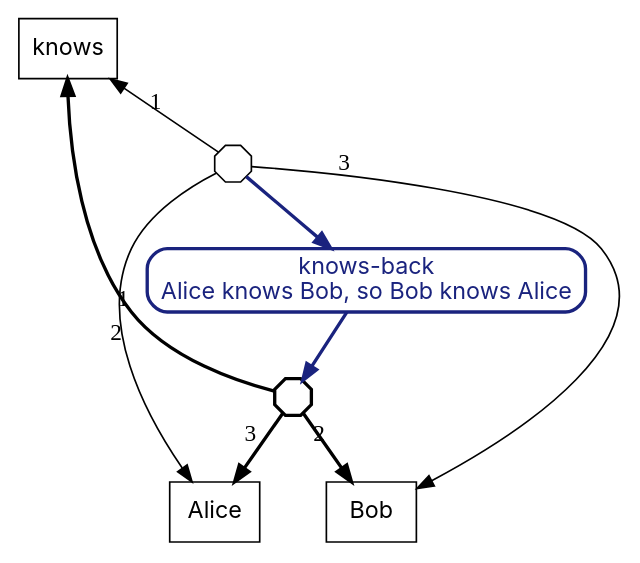
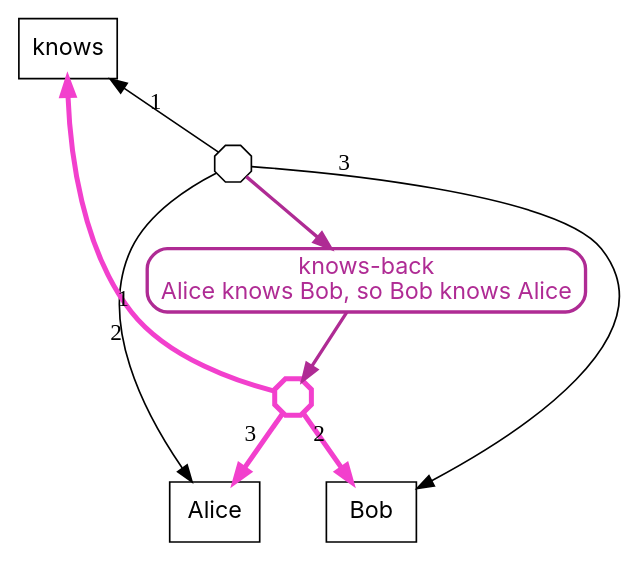
The diagram in docs/ein/user/03-syntax-and-semantics/diagrams/03-first-firing.dot (agutikov/ein), drawn with Graphviz before and after one commit. The commit also changed 31 other files, not shown here.

```diff
--- a/docs/ein/user/03-syntax-and-semantics/diagrams/03-first-firing.dot
+++ b/docs/ein/user/03-syntax-and-semantics/diagrams/03-first-firing.dot
@@ -1,16 +1,16 @@
 digraph step1 {
   rankdir=TB;
   node [fontname="Inter", shape=box];
   ranksep=0.55;
   "f_976d7e7ab9" [shape=octagon, label="", width=0.3, height=0.3, fixedsize=true];
-  "f_884e5d5933" [shape=octagon, label="", width=0.3, height=0.3, fixedsize=true, penwidth=2];
-  "fire0_knows-back" [shape=box, style="rounded", color="#1a237e", fontcolor="#1a237e", penwidth=2, label="knows-back\nAlice knows Bob, so Bob knows Alice"];
+  "f_884e5d5933" [shape=octagon, label="", width=0.3, height=0.3, fixedsize=true, color="#f240cd", fontcolor="#f240cd", penwidth=3];
+  "fire0_knows-back" [shape=box, style="rounded", color="#af2b94", fontcolor="#af2b94", penwidth=2, label="knows-back\nAlice knows Bob, so Bob knows Alice"];
   "knows" -> "f_976d7e7ab9" [xlabel="1", dir=back];
   "f_976d7e7ab9" -> "Alice" [xlabel="2"];
   "f_976d7e7ab9" -> "Bob" [xlabel="3"];
-  "knows" -> "f_884e5d5933" [xlabel="1", dir=back, penwidth=2];
-  "f_884e5d5933" -> "Bob" [xlabel="2", penwidth=2];
-  "f_884e5d5933" -> "Alice" [xlabel="3", penwidth=2];
-  "f_976d7e7ab9" -> "fire0_knows-back" [color="#1a237e", penwidth=2];
-  "fire0_knows-back" -> "f_884e5d5933" [color="#1a237e", penwidth=2];
+  "knows" -> "f_884e5d5933" [xlabel="1", dir=back, color="#f240cd", penwidth=3];
+  "f_884e5d5933" -> "Bob" [xlabel="2", color="#f240cd", penwidth=3];
+  "f_884e5d5933" -> "Alice" [xlabel="3", color="#f240cd", penwidth=3];
+  "f_976d7e7ab9" -> "fire0_knows-back" [color="#af2b94", penwidth=2];
+  "fire0_knows-back" -> "f_884e5d5933" [color="#af2b94", penwidth=2];
 }
```
